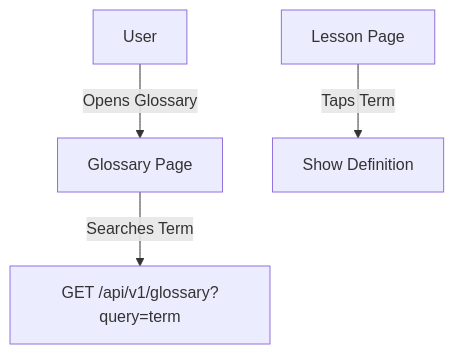
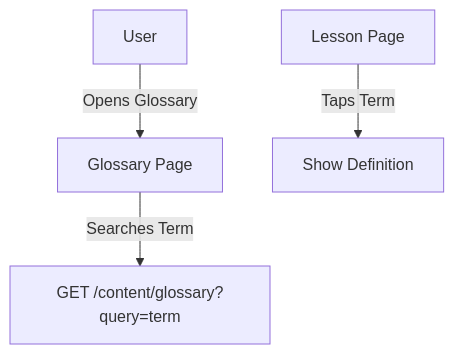
One commit to husams/grammar-anatomy-interactive changed the diagram in docs/features/glossary.md. Above: the diagram before and after it, drawn with Mermaid. The commit also changed other lines of this file and 5880 other files, not shown here.

````diff
--- a/docs/features/glossary.md
+++ b/docs/features/glossary.md
@@ -15,6 +15,6 @@
 ```mermaid
 flowchart TD
     User["User"] -->|"Opens Glossary"| GlossaryPage["Glossary Page"]
-    GlossaryPage -->|"Searches Term"| GlossaryAPI["GET /api/v1/glossary?query=term"]
+    GlossaryPage -->|"Searches Term"| GlossaryAPI["GET /content/glossary?query=term"]
     LessonPage["Lesson Page"] -->|"Taps Term"| GlossaryPopup["Show Definition"]
 ```
````
